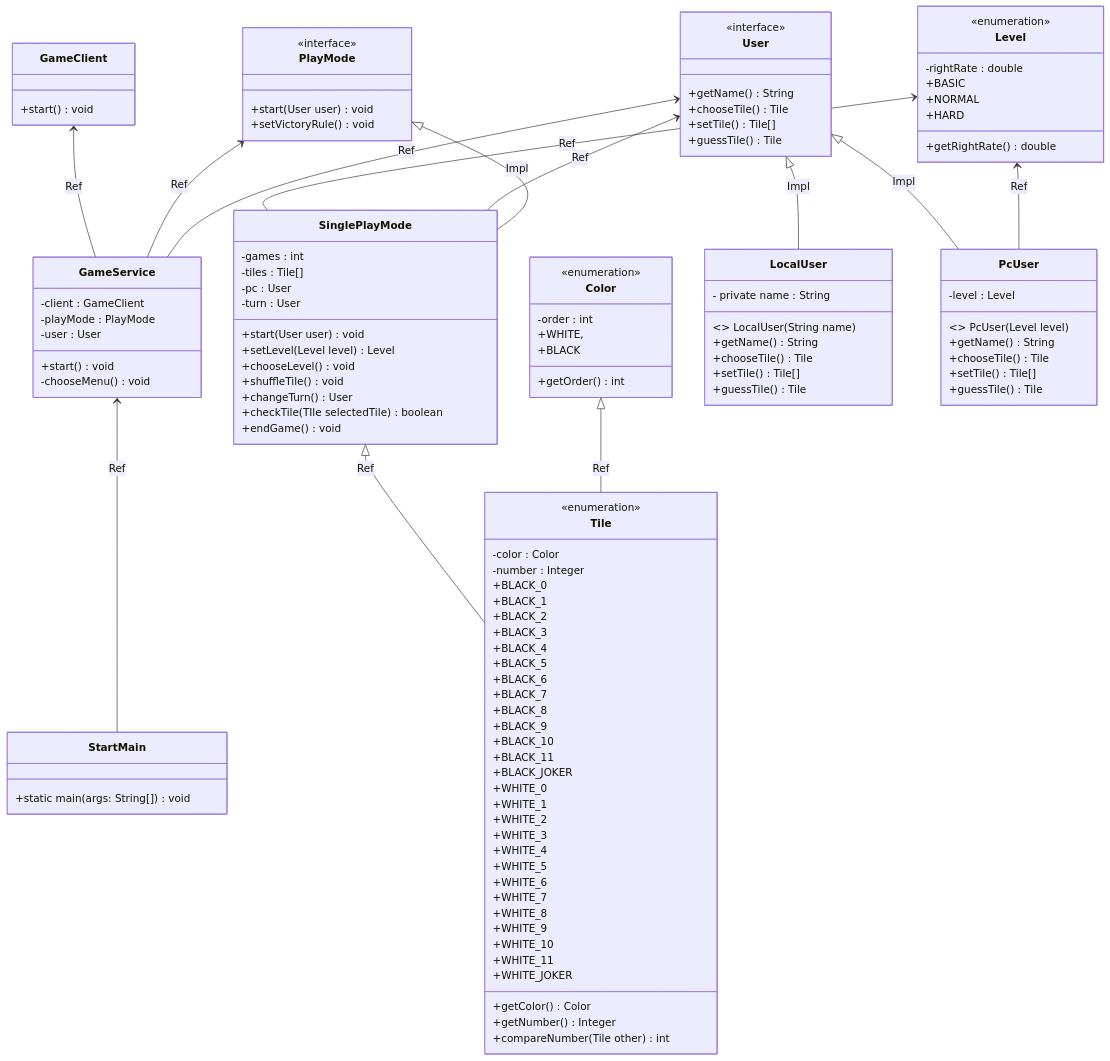
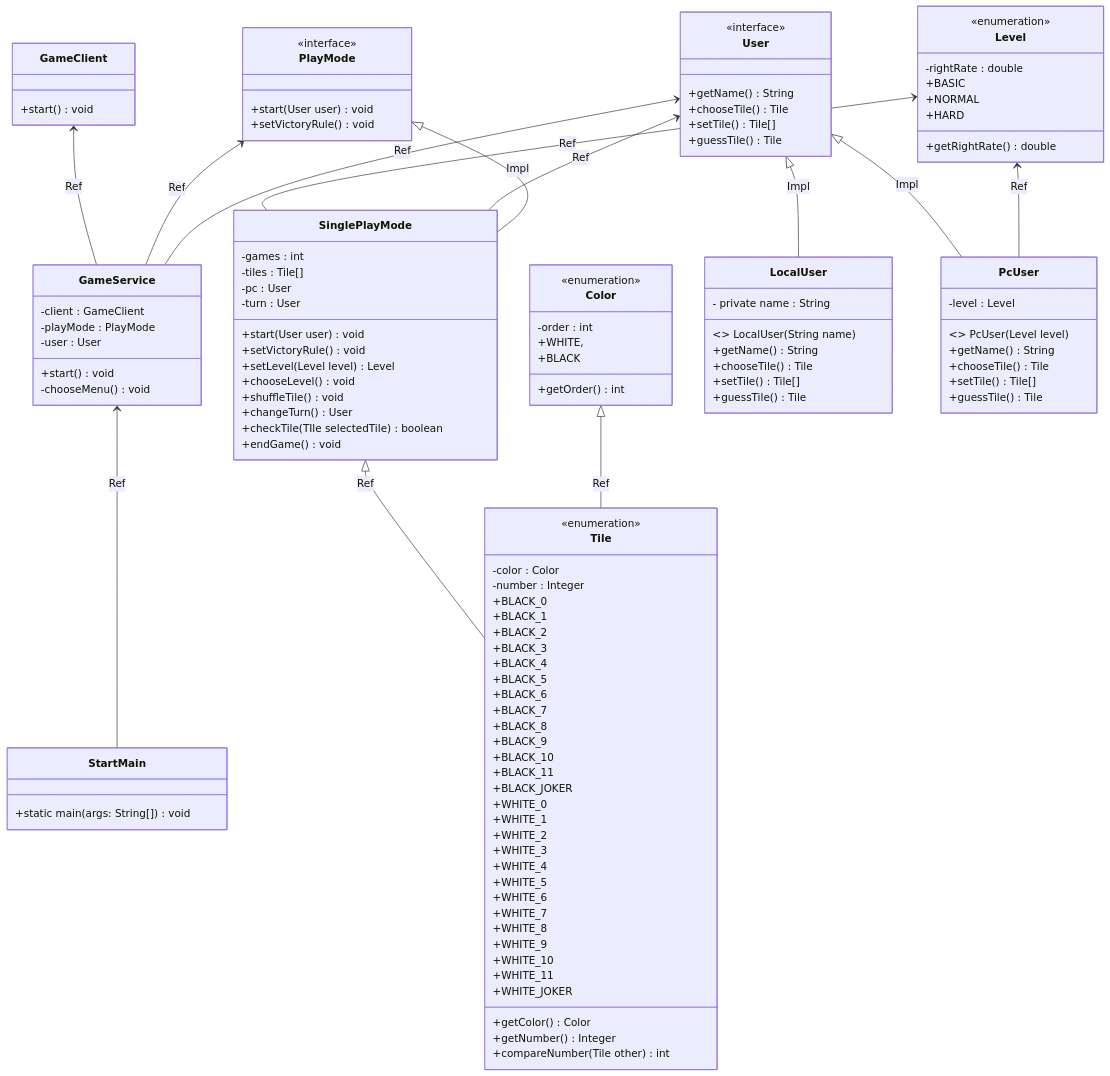
One commit to cheoljundev/console-da-vinci-code-the-game changed the diagram in readme.md. Above: the diagram before and after it, drawn with Mermaid.

Commit message:
클래스 다이어그램 작성중 : 오버라이드 메서드 이동

```diff
--- a/readme.md
+++ b/readme.md
@@ -46,6 +46,7 @@
         -pc : User
         -turn : User
         +start(User user) void
+        +setVictoryRule() void
         +setLevel(Level level) Level
         +chooseLevel() void
         +shuffleTile() void
```
